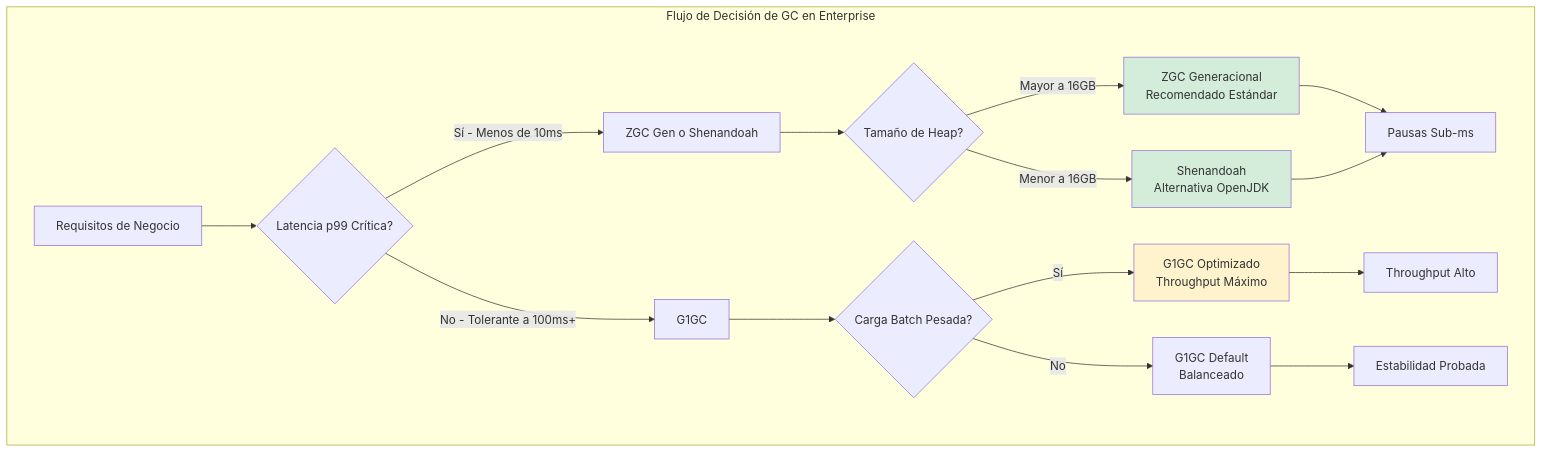
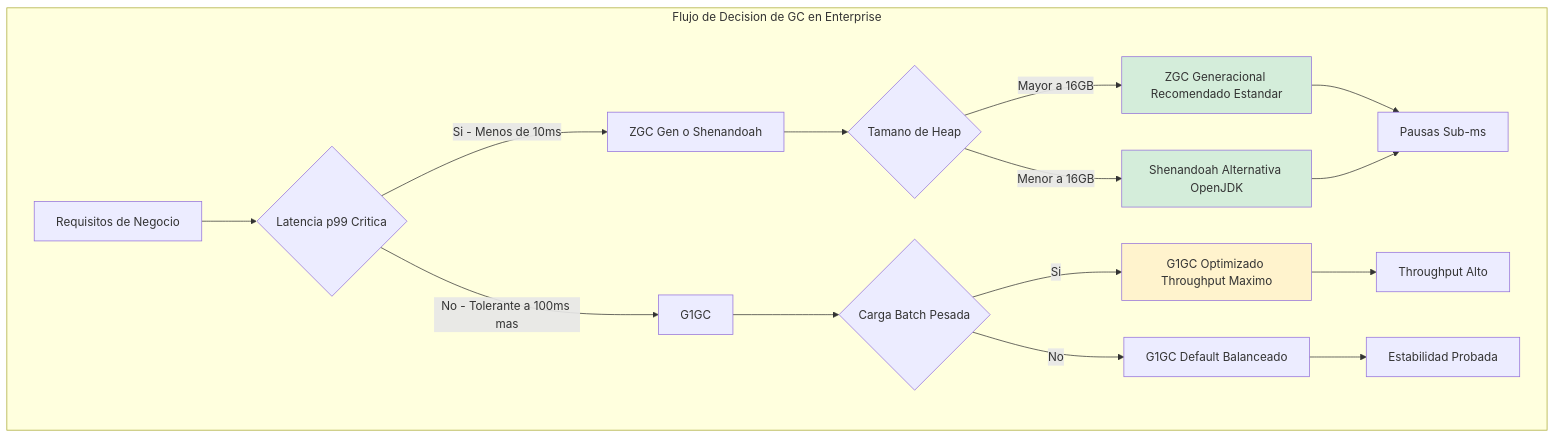
The first of 4 diagrams in 01_Java_Core/garbage_collectors_en_la_jvm_g1_zgc_y_shenandoah_en_produccion_STAFF.md (Joaquinriosheredia/DAM-Java-Mastery), drawn with Mermaid before and after one commit. The commit also changed other lines of this file, not shown here.

Commit message:
garbage_collectors_en_la_jvm_g1_zgc_y_shenandoah_en_produccion_STAFF.md

````diff
--- a/01_Java_Core/garbage_collectors_en_la_jvm_g1_zgc_y_shenandoah_en_produccion_STAFF.md
+++ b/01_Java_Core/garbage_collectors_en_la_jvm_g1_zgc_y_shenandoah_en_produccion_STAFF.md
@@ -39,25 +57,25 @@
 ```mermaid
 graph TD
-    subgraph "Flujo de Decisión de GC en Enterprise"
-        REQ[Requisitos de Negocio] --> LAT{Latencia p99 Crítica?}
-        LAT -->|Sí - Menos de 10ms| LOW[ZGC Gen o Shenandoah]
-        LAT -->|No - Tolerante a 100ms+| HIGH[G1GC]
+    subgraph "Flujo de Decision de GC en Enterprise"
+        REQ[Requisitos de Negocio] --> LAT{Latencia p99 Critica}
+        LAT -->|Si - Menos de 10ms| LOW[ZGC Gen o Shenandoah]
+        LAT -->|No - Tolerante a 100ms mas| HIGH[G1GC]
         
-        LOW --> HEAP{Tamaño de Heap?}
-        HEAP -->|Mayor a 16GB| ZGC[ZGC Generacional<br>Recomendado Estándar]
-        HEAP -->|Menor a 16GB| SHEN[Shenandoah<br>Alternativa OpenJDK]
+        LOW --> HEAP{Tamano de Heap}
+        HEAP -->|Mayor a 16GB| ZGC[ZGC Generacional Recomendado Estandar]
+        HEAP -->|Menor a 16GB| SHEN[Shenandoah Alternativa OpenJDK]
         
-        HIGH --> BATCH{Carga Batch Pesada?}
-        BATCH -->|Sí| G1_BATCH[G1GC Optimizado<br>Throughput Máximo]
-        BATCH -->|No| G1_GEN[G1GC Default<br>Balanceado]
+        HIGH --> BATCH{Carga Batch Pesada}
+        BATCH -->|Si| G1_BATCH[G1GC Optimizado Throughput Maximo]
+        BATCH -->|No| G1_GEN[G1GC Default Balanceado]
         
         ZGC --> BENEFIT1[Pausas Sub-ms]
         SHEN --> BENEFIT1
         G1_BATCH --> BENEFIT2[Throughput Alto]
         G1_GEN --> BENEFIT3[Estabilidad Probada]
     end
     
     style ZGC fill:#d4edda
     style SHEN fill:#d4edda
     style G1_BATCH fill:#fff3cd
 ```
````
